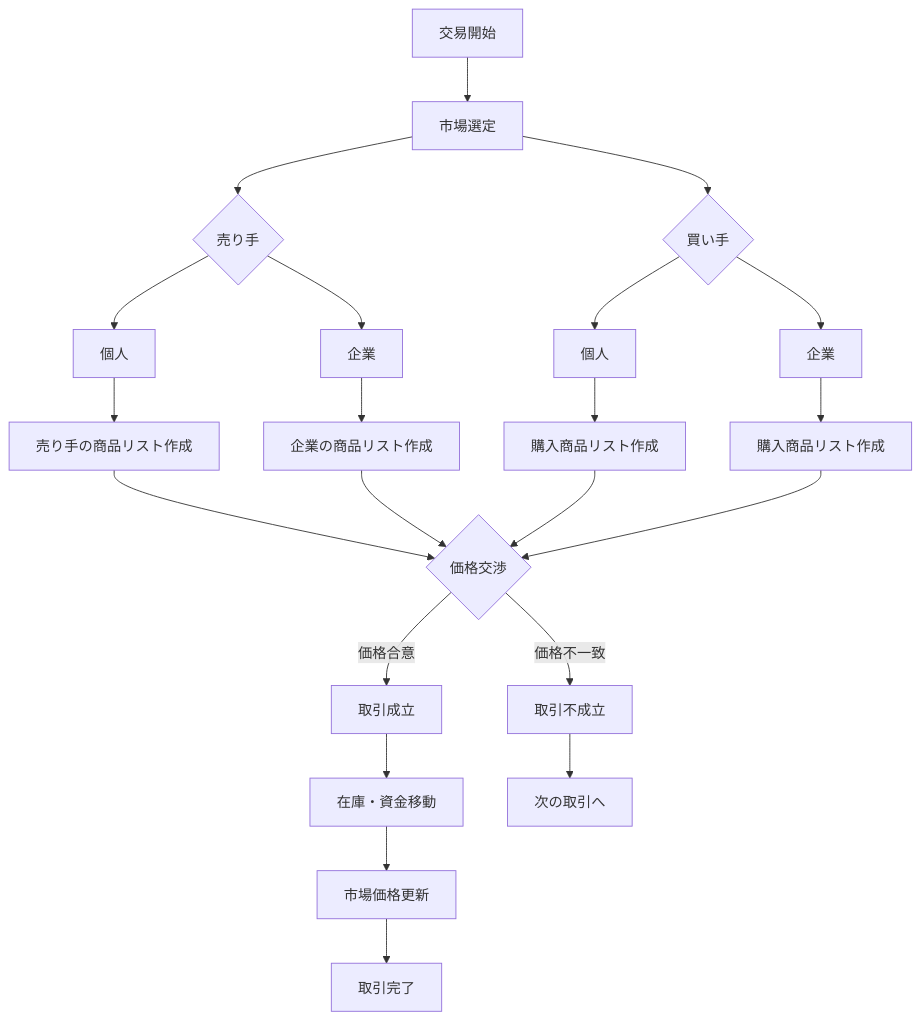
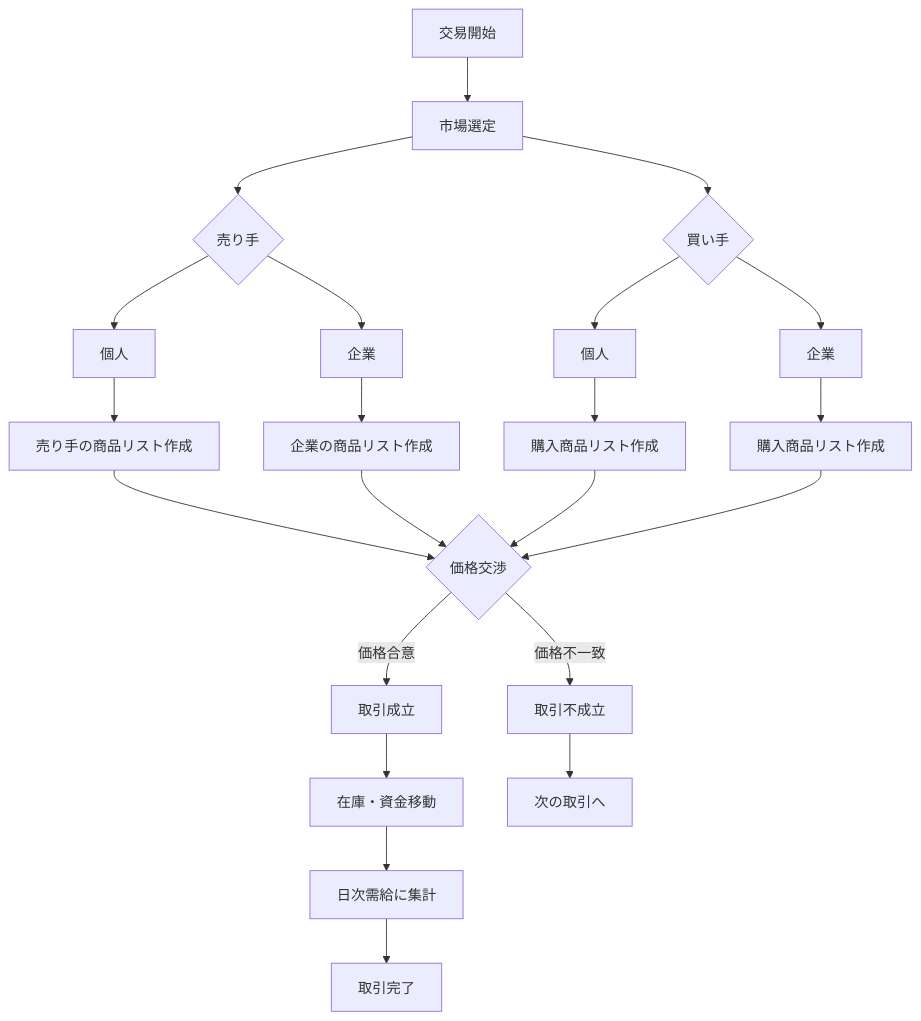
Before and after one commit to sora-kisaragi/MiddleAgeEconomySim: diagram 15 of 19 in wiki/Low_Level_Design.md, drawn with Mermaid. The commit also changed other lines of this file and 4 other files, not shown here.

````diff
--- a/wiki/Low_Level_Design.md
+++ b/wiki/Low_Level_Design.md
@@ -520,31 +515,31 @@
 ```mermaid
 flowchart TD
     A[交易開始] --> B[市場選定]
     B --> C{売り手}
     C --> D[個人]
     C --> E[企業]
     
     D --> F[売り手の商品リスト作成]
     E --> G[企業の商品リスト作成]
     
     B --> H{買い手}
     H --> I[個人]
     H --> J[企業]
     
     I --> K[購入商品リスト作成]
     J --> L[購入商品リスト作成]
     
     F --> M{価格交渉}
     G --> M
     K --> M
     L --> M
     
     M -->|価格合意| N[取引成立]
     M -->|価格不一致| O[取引不成立]
     
     N --> P[在庫・資金移動]
-    P --> Q[市場価格更新]
+    P --> Q[日次需給に集計]
     Q --> R[取引完了]
     
     O --> S[次の取引へ]
 ```
````
